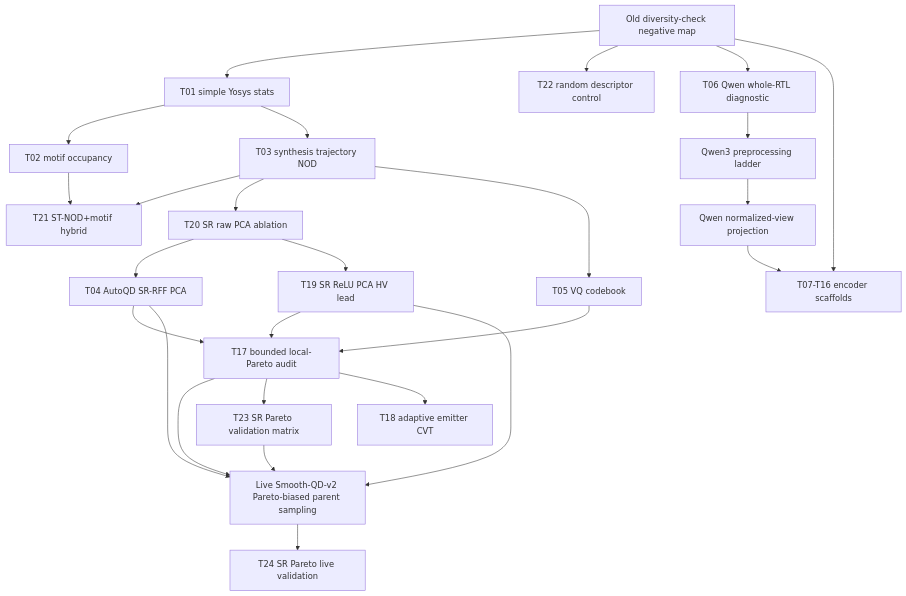
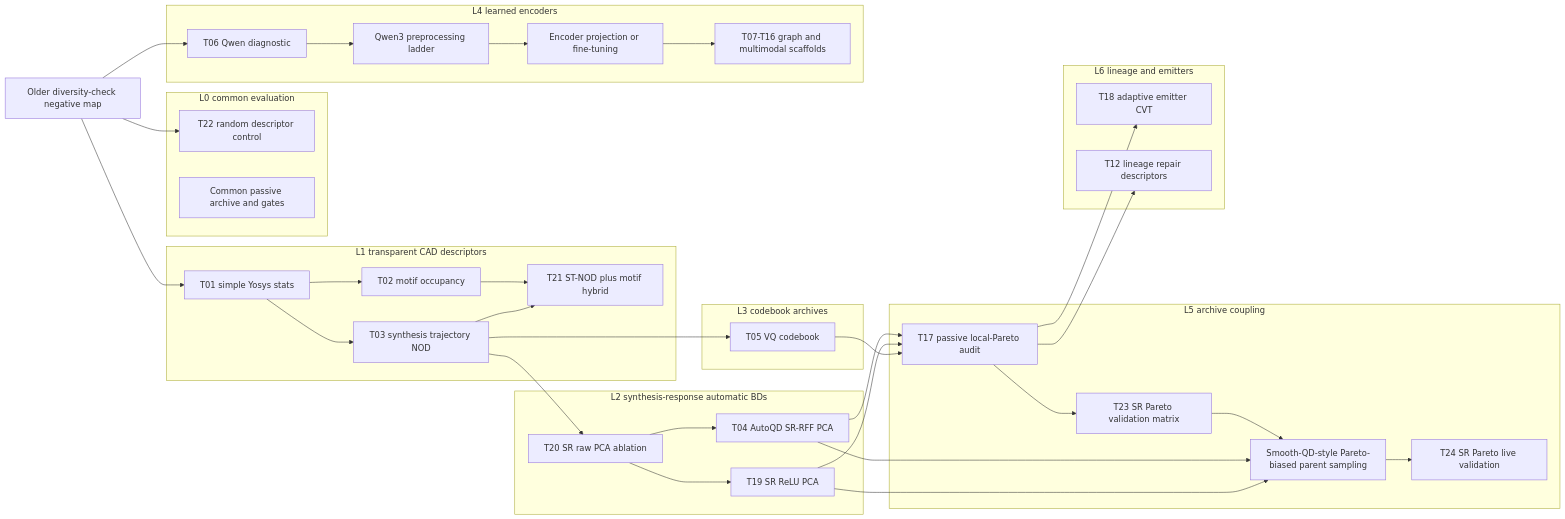
One commit to kmcho2019/REvolution changed the first of 2 diagrams in docs/journal_features/revamp_history/20260622_010615_KST_useful_bd_push/technique_lanes.md. Above: the diagram before and after it, drawn with Mermaid. The commit also changed other lines of this file and 1 other file, not shown here.

Commit message:
docs(diversity): Add technique lane guide
Group useful-BD methods into lane families so the process can be
tracked by research question, not only by chronological technique ID.

Add the lane taxonomy, lane scorecard, and Mermaid process diagrams.
Record the update in the append-only implementation history.

Tests:

- git diff --check

````diff
--- a/docs/journal_features/revamp_history/20260622_010615_KST_useful_bd_push/technique_lanes.md
+++ b/docs/journal_features/revamp_history/20260622_010615_KST_useful_bd_push/technique_lanes.md
@@ -37,30 +75,70 @@
 ```mermaid
-flowchart TD
-  A[Old diversity-check negative map] --> B[T01 simple Yosys stats]
-  A --> Q[T22 random descriptor control]
-  B --> C[T02 motif occupancy]
-  B --> D[T03 synthesis trajectory NOD]
-  C --> P[T21 ST-NOD+motif hybrid]
+flowchart LR
+  A[Older diversity-check negative map]
+
+  subgraph L0[L0 common evaluation]
+    Q[T22 random descriptor control]
+    V[Common passive archive and gates]
+  end
+
+  subgraph L1[L1 transparent CAD descriptors]
+    B[T01 simple Yosys stats]
+    C[T02 motif occupancy]
+    D[T03 synthesis trajectory NOD]
+    P[T21 ST-NOD plus motif hybrid]
+  end
+
+  subgraph L2[L2 synthesis-response automatic BDs]
+    O[T20 SR raw PCA ablation]
+    E[T04 AutoQD SR-RFF PCA]
+    N[T19 SR ReLU PCA]
+  end
+
+  subgraph L3[L3 codebook archives]
+    F[T05 VQ codebook]
+  end
+
+  subgraph L4[L4 learned encoders]
+    I[T06 Qwen diagnostic]
+    J[Qwen3 preprocessing ladder]
+    K[Encoder projection or fine-tuning]
+    L[T07-T16 graph and multimodal scaffolds]
+  end
+
+  subgraph L5[L5 archive coupling]
+    G[T17 passive local-Pareto audit]
+    R[T23 SR Pareto validation matrix]
+    H[Smooth-QD-style Pareto-biased parent sampling]
+    S[T24 SR Pareto live validation]
+  end
+
+  subgraph L6[L6 lineage and emitters]
+    M[T18 adaptive emitter CVT]
+    W[T12 lineage repair descriptors]
+  end
+
+  A --> Q
+  A --> B
+  A --> I
+  B --> C
+  B --> D
+  C --> P
   D --> P
-  D --> O[T20 SR raw PCA ablation]
-  O --> E[T04 AutoQD SR-RFF PCA]
-  D --> F[T05 VQ codebook]
-  O --> N[T19 SR ReLU PCA HV lead]
-  E --> G[T17 bounded local-Pareto audit]
+  D --> O
+  D --> F
+  O --> E
+  O --> N
+  E --> G
   N --> G
   F --> G
-  G --> H[Live Smooth-QD-v2 Pareto-biased parent sampling]
+  G --> R
+  R --> H
   E --> H
   N --> H
-  G --> R[T23 SR Pareto validation matrix]
-  R --> H
-  H --> S[T24 SR Pareto live validation]
-
-  A --> I[T06 Qwen whole-RTL diagnostic]
-  I --> J[Qwen3 preprocessing ladder]
-  J --> K[Qwen normalized-view projection]
-
-  A --> L[T07-T16 encoder scaffolds]
+  H --> S
+  I --> J
+  J --> K
   K --> L
-  G --> M[T18 adaptive emitter CVT]
+  G --> M
+  G --> W
 ```
````
